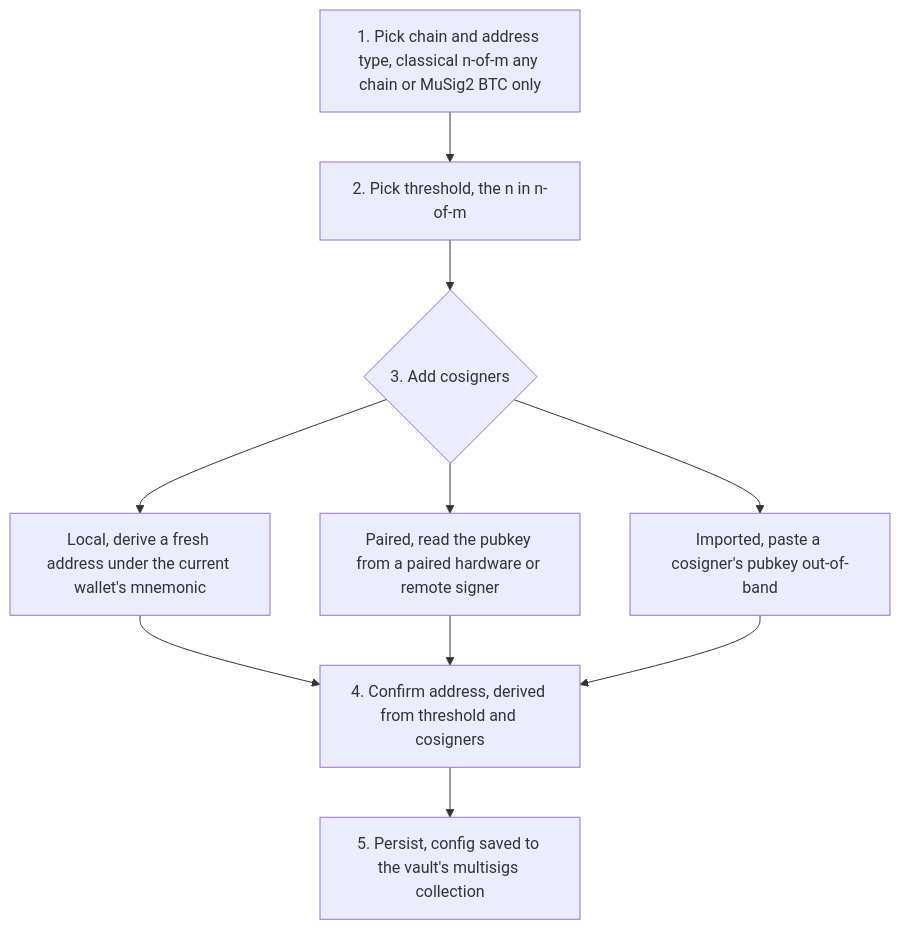
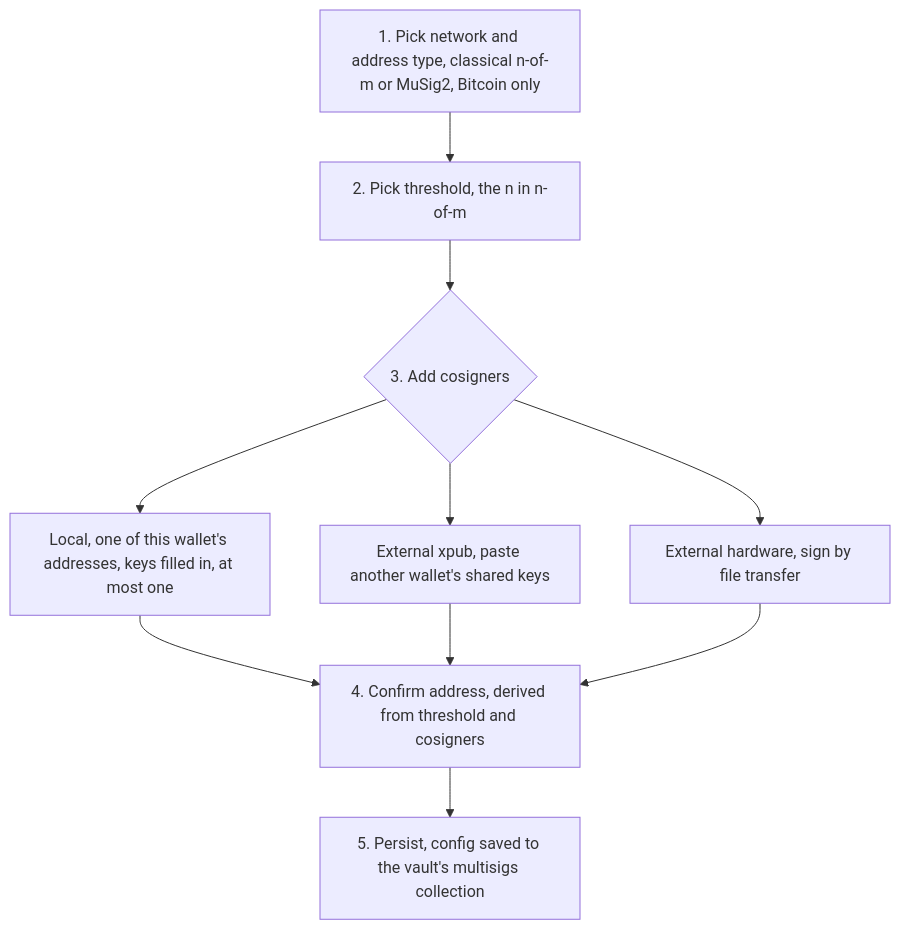
Before and after one commit to XChain-Platform/xchain-documentation: the first of 3 diagrams in components/wallet/multisig.md, drawn with Mermaid. The commit also changed other lines of this file, not shown here.

First line of the commit message:
docs(wallet): multisig is Bitcoin-only and names how to share cosigner keys

````diff
--- a/components/wallet/multisig.md
+++ b/components/wallet/multisig.md
@@ -52,17 +56,17 @@
 ```mermaid
 flowchart TD
-    S1["1. Pick chain and address type, classical n-of-m any chain or MuSig2 BTC only"]
+    S1["1. Pick network and address type, classical n-of-m or MuSig2, Bitcoin only"]
     S2["2. Pick threshold, the n in n-of-m"]
     S3{"3. Add cosigners"}
-    LOCAL["Local, derive a fresh address under the current wallet's mnemonic"]
-    PAIRED["Paired, read the pubkey from a paired hardware or remote signer"]
-    IMPORTED["Imported, paste a cosigner's pubkey out-of-band"]
+    LOCAL["Local, one of this wallet's addresses, keys filled in, at most one"]
+    PAIRED["External xpub, paste another wallet's shared keys"]
+    IMPORTED["External hardware, sign by file transfer"]
     S4["4. Confirm address, derived from threshold and cosigners"]
     S5["5. Persist, config saved to the vault's multisigs collection"]
 
     S1 --> S2 --> S3
     S3 --> LOCAL --> S4
     S3 --> PAIRED --> S4
     S3 --> IMPORTED --> S4
     S4 --> S5
 ```
````
